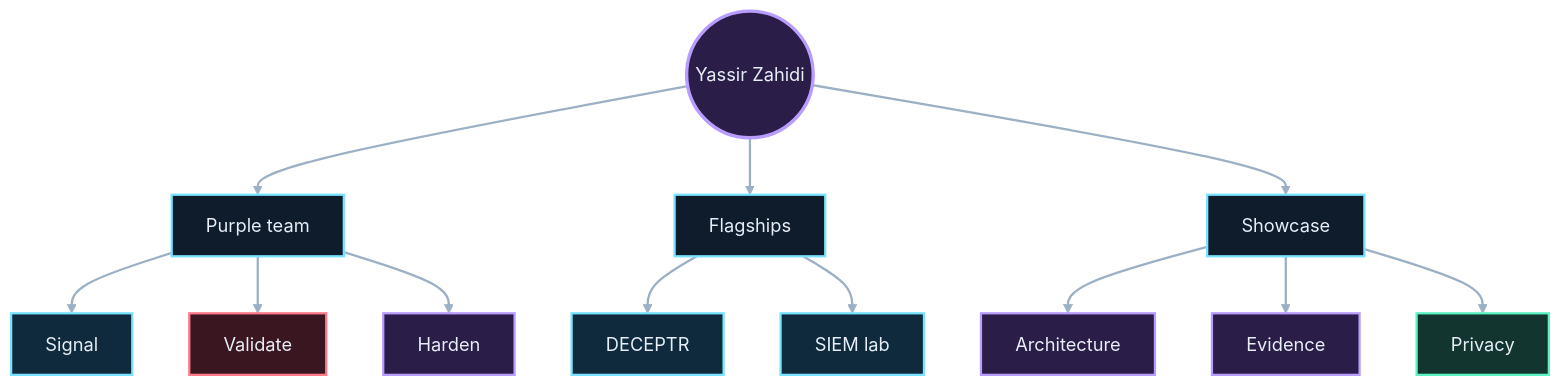
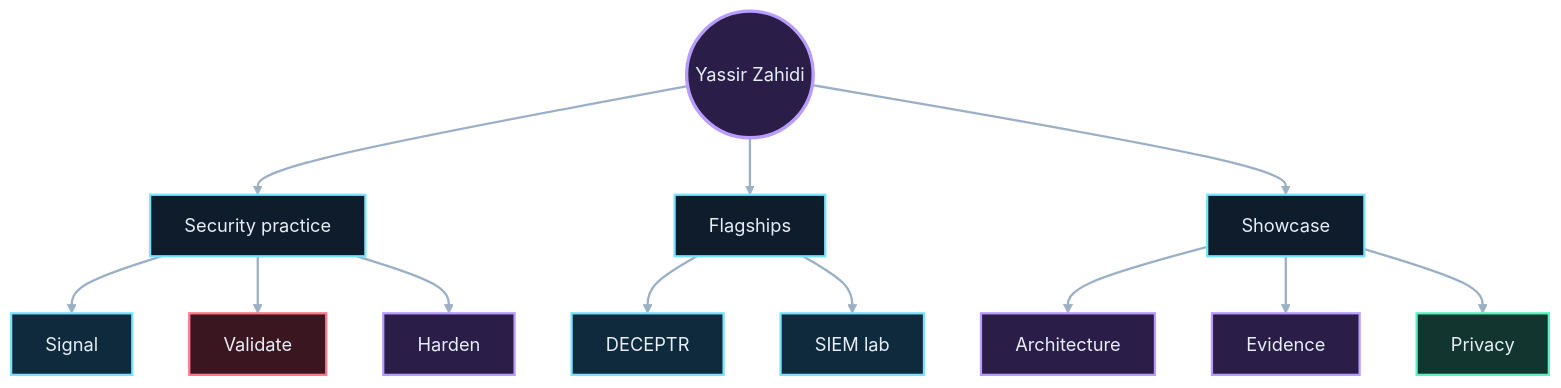
One commit to y-zahidi/y-zahidi changed the diagram in assets/diagrams/portfolio-mindmap.mmd. Above: the diagram before and after it, drawn with Mermaid. The commit also changed 1 other file, not shown here.

Commit message:
Remove explicit team labels from profile map

```diff
--- a/assets/diagrams/portfolio-mindmap.mmd
+++ b/assets/diagrams/portfolio-mindmap.mmd
@@ -1,34 +1,34 @@
 %%{init: {'theme':'base','themeVariables': {'background':'#07111D','primaryColor':'#0E1C2C','primaryTextColor':'#E7EEF7','primaryBorderColor':'#79E2FF','lineColor':'#9CB0C5','tertiaryColor':'#0E1C2C','clusterBkg':'#0E1C2C','clusterBorder':'#2A4560','fontFamily':'Arial'}}}%%
 flowchart TB
     ROOT(("Yassir Zahidi"))
 
-    ROOT --> P["Purple team"]
+    ROOT --> P["Security practice"]
     ROOT --> F["Flagships"]
     ROOT --> S["Showcase"]
 
     P --> PS["Signal"]
     P --> PV["Validate"]
     P --> PH["Harden"]
 
     F --> FD["DECEPTR"]
     F --> FS["SIEM lab"]
 
     S --> SA["Architecture"]
     S --> SV["Evidence"]
     S --> SC["Privacy"]
 
     classDef root fill:#2A1D47,stroke:#B89CFF,color:#E7EEF7,stroke-width:3px;
     classDef section fill:#0E1C2C,stroke:#79E2FF,color:#E7EEF7,stroke-width:2px;
     classDef blue fill:#0E2A3C,stroke:#79E2FF,color:#E7EEF7,stroke-width:2px;
     classDef red fill:#3A1720,stroke:#FF7A8A,color:#E7EEF7,stroke-width:2px;
     classDef violet fill:#2A1D47,stroke:#B89CFF,color:#E7EEF7,stroke-width:2px;
     classDef green fill:#12362F,stroke:#5CF2C1,color:#E7EEF7,stroke-width:2px;
 
     class ROOT root;
     class P,F,S section;
     class PS,FD,FS blue;
     class PV red;
     class PH,SA,SV violet;
     class SC green;
 
     linkStyle default stroke:#9CB0C5,stroke-width:2px;
```
